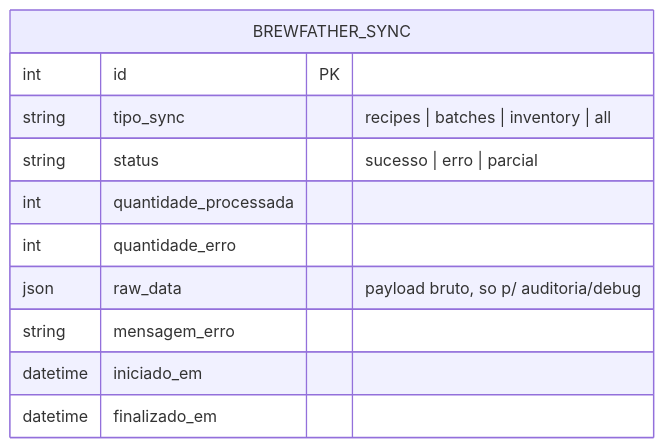
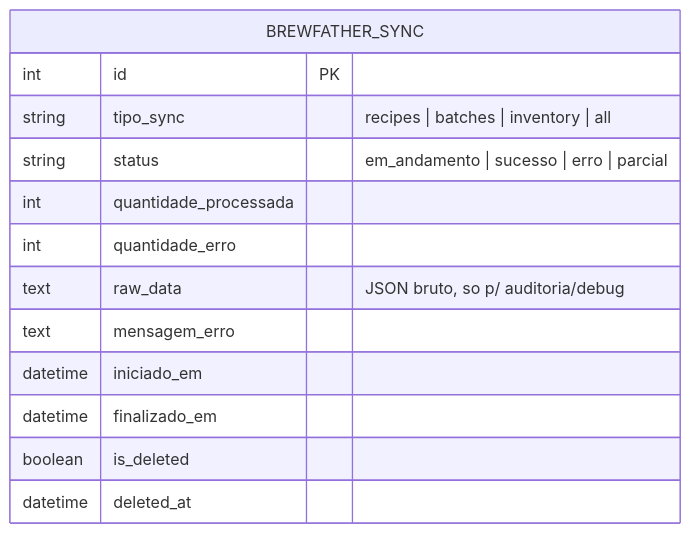
Before and after one commit to ChristopherNicolasSMM/Tesseract: the diagram in addons/addon_brewstation/features/feature_brew_father/docs/technical/04-modelo-de-dados.md, drawn with Mermaid. The commit also changed other lines of this file and 3 other files, not shown here.

````diff
--- a/addons/addon_brewstation/features/feature_brew_father/docs/technical/04-modelo-de-dados.md
+++ b/addons/addon_brewstation/features/feature_brew_father/docs/technical/04-modelo-de-dados.md
@@ -6,14 +9,16 @@
 ```mermaid
 erDiagram
     BREWFATHER_SYNC {
         int id PK
         string tipo_sync "recipes | batches | inventory | all"
-        string status "sucesso | erro | parcial"
+        string status "em_andamento | sucesso | erro | parcial"
         int quantidade_processada
         int quantidade_erro
-        json raw_data "payload bruto, so p/ auditoria/debug"
-        string mensagem_erro
+        text raw_data "JSON bruto, so p/ auditoria/debug"
+        text mensagem_erro
         datetime iniciado_em
         datetime finalizado_em
+        boolean is_deleted
+        datetime deleted_at
     }
 ```
````
